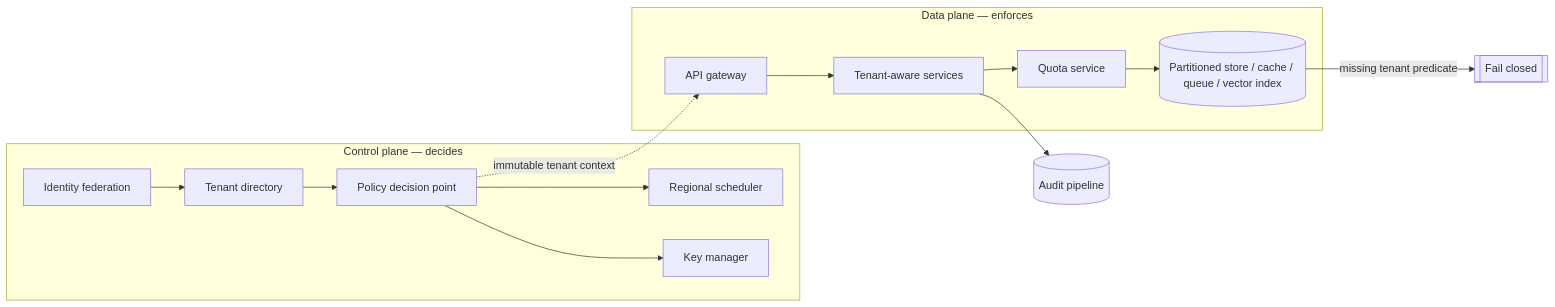
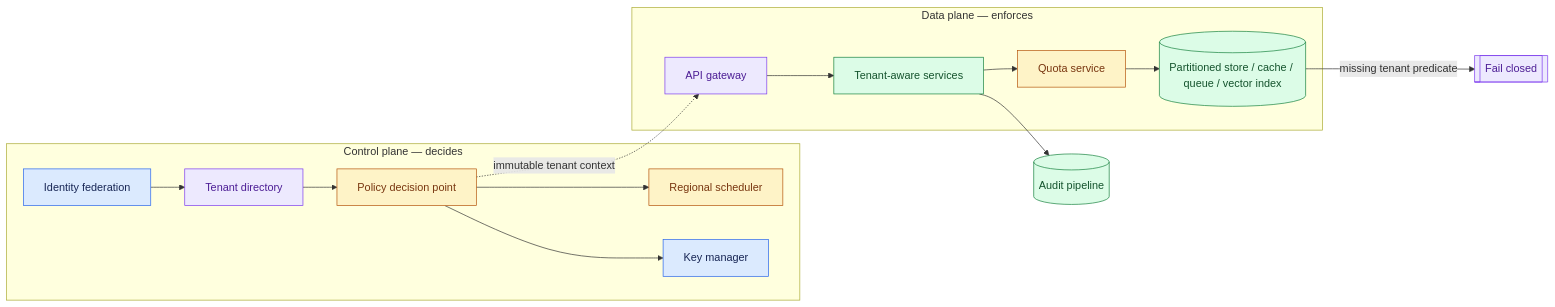
One commit to Sourav692/Forward-Deployed-Engineer-Interview-Prep changed the fourth of 5 diagrams in site/content/modules/15-fde-case-studies/platforms-and-scale/secure-multi-tenant-ai-platform/full-pack-part-2.md. Above: the diagram before and after it, drawn with Mermaid. The commit also changed other lines of this file and 1268 other files, not shown here.

First line of the commit message:
content: polish Casebook writing and Mermaid diagrams (#251)

````diff
--- a/site/content/modules/15-fde-case-studies/platforms-and-scale/secure-multi-tenant-ai-platform/full-pack-part-2.md
+++ b/site/content/modules/15-fde-case-studies/platforms-and-scale/secure-multi-tenant-ai-platform/full-pack-part-2.md
@@ -78,15 +129,25 @@
 ```mermaid
 flowchart LR
   subgraph CP["Control plane — decides"]
     ID[Identity federation] --> TD[Tenant directory] --> PDP[Policy decision point]
     PDP --> RS[Regional scheduler]
     PDP --> KM[Key manager]
   end
   subgraph DP["Data plane — enforces"]
     GW[API gateway] --> SVC[Tenant-aware services] --> Q[Quota service]
     Q --> STORE[(Partitioned store / cache / queue / vector index)]
   end
   PDP -.immutable tenant context.-> GW
   STORE -->|missing tenant predicate| FC[["Fail closed"]]
   SVC --> AUD[(Audit pipeline)]
+
+    %% Casebook colours: entry, reasoning, results, controls, and stopped paths.
+    classDef cbInput fill:#dbeafe,stroke:#2563eb,color:#172554
+    class ID,KM cbInput
+    classDef cbReason fill:#ede9fe,stroke:#7c3aed,color:#4c1d95
+    class TD,GW,FC cbReason
+    classDef cbPolicy fill:#fef3c7,stroke:#b45309,color:#78350f
+    class PDP,RS,Q cbPolicy
+    classDef cbAction fill:#dcfce7,stroke:#15803d,color:#14532d
+    class SVC,STORE,AUD cbAction
 ```
````
